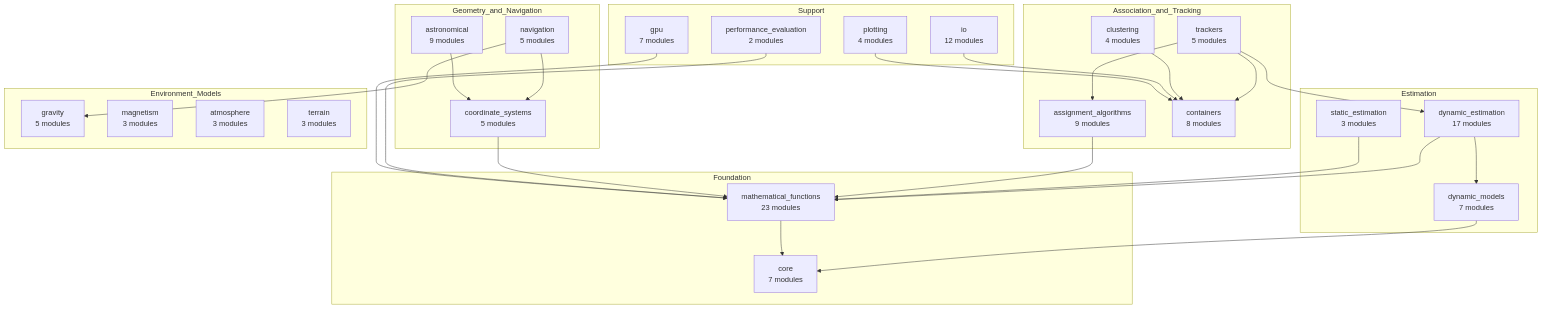
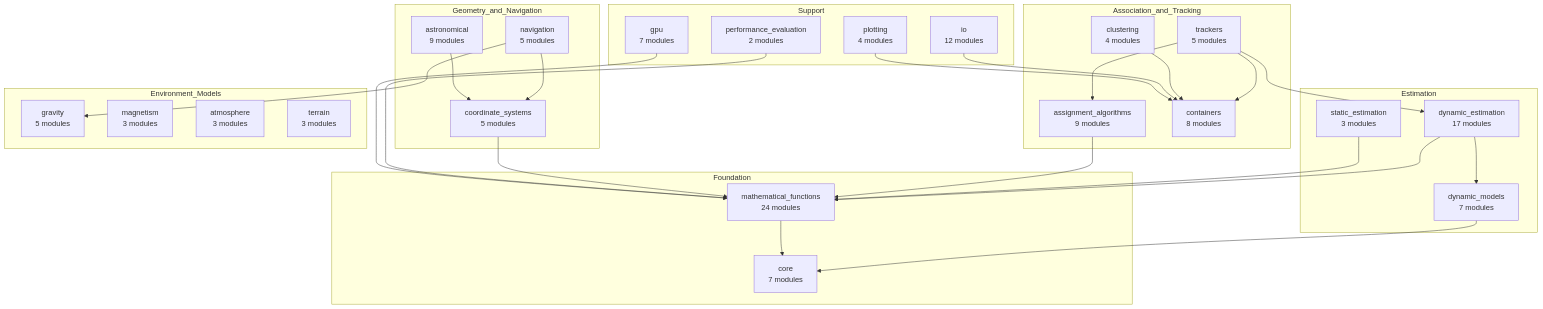
One commit to nedonatelli/TCL changed the first of 4 diagrams in docs/architecture.rst. Above: the diagram before and after it, drawn with Mermaid. The commit also changed other lines of this file and 5 other files, not shown here.

```diff
--- a/docs/architecture.rst
+++ b/docs/architecture.rst
@@ -26,59 +26,59 @@
 .. mermaid::
 
    graph TD
        subgraph Estimation
            DE["dynamic_estimation<br/>17 modules"]
            DM["dynamic_models<br/>7 modules"]
            SE["static_estimation<br/>3 modules"]
        end
 
        subgraph Association_and_Tracking
            AA["assignment_algorithms<br/>9 modules"]
            TR["trackers<br/>5 modules"]
            CL["clustering<br/>4 modules"]
            CO["containers<br/>8 modules"]
        end
 
        subgraph Geometry_and_Navigation
            CS["coordinate_systems<br/>5 modules"]
            NA["navigation<br/>5 modules"]
            AS["astronomical<br/>9 modules"]
        end
 
        subgraph Environment_Models
            GR["gravity<br/>5 modules"]
            MA["magnetism<br/>3 modules"]
            AT["atmosphere<br/>3 modules"]
            TE["terrain<br/>3 modules"]
        end
 
        subgraph Foundation
-           MF["mathematical_functions<br/>23 modules"]
+           MF["mathematical_functions<br/>24 modules"]
            CR["core<br/>7 modules"]
        end
 
        subgraph Support
            IO["io<br/>12 modules"]
            GP["gpu<br/>7 modules"]
            PL["plotting<br/>4 modules"]
            PE["performance_evaluation<br/>2 modules"]
        end
 
        TR --> DE
        TR --> AA
        TR --> CO
        DE --> DM
        DE --> MF
        AA --> MF
        CL --> CO
        NA --> CS
        NA --> GR
        AS --> CS
        SE --> MF
        CS --> MF
        PE --> MF
        IO --> CO
        GP --> MF
        PL --> CO
        DM --> CR
        MF --> CR
```
